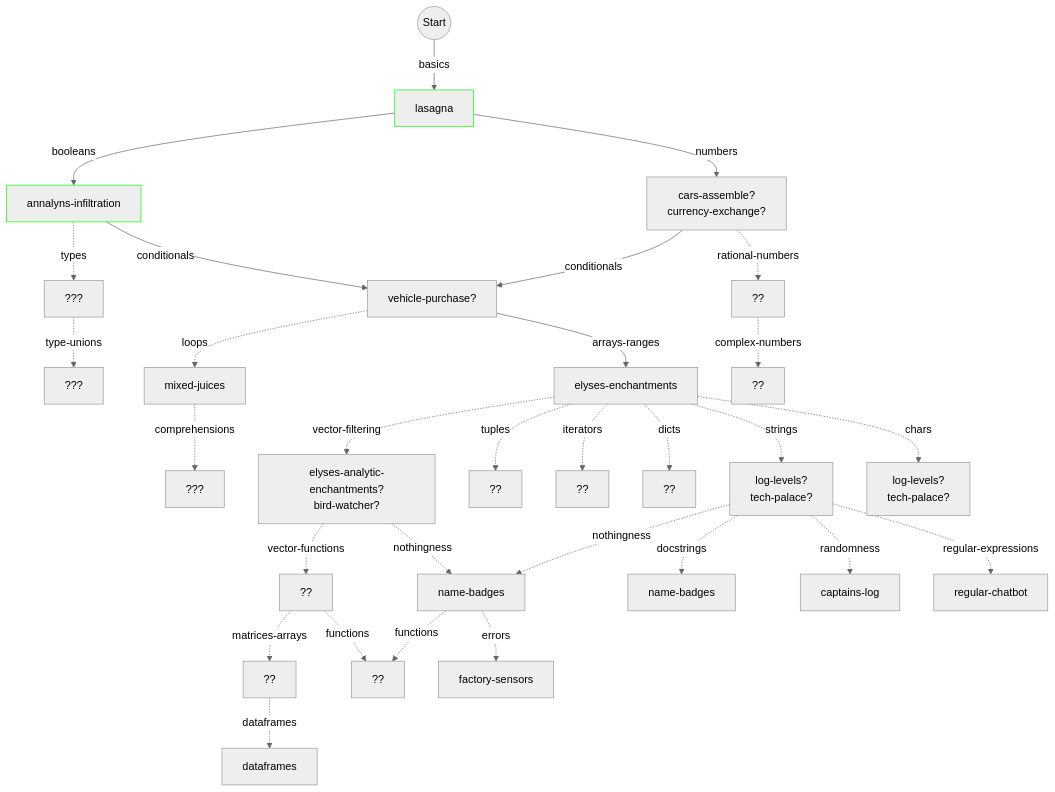
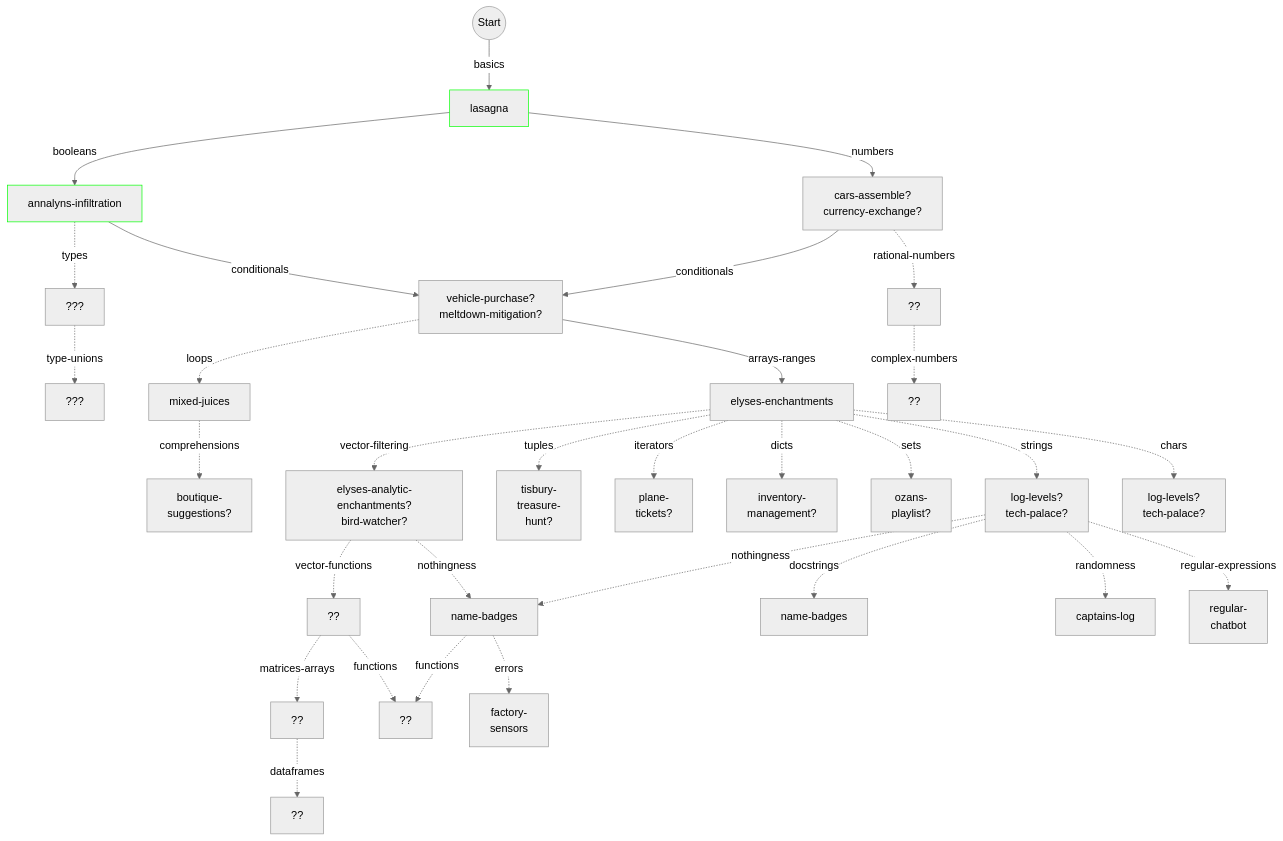
One commit to colinleach/learning-track-doodles changed the diagram in julia/flowchart.md. Above: the diagram before and after it, drawn with Mermaid (neutral theme).

Commit message:
added more exercise suggestions to flowchart

````diff
--- a/julia/flowchart.md
+++ b/julia/flowchart.md
@@ -26,11 +26,10 @@
 types -.type-unions.-> type-unions["???"]
 %% style type-unions fill:#0f0
 
-booleans
- --conditionals--> conditionals["vehicle-purchase?"]
+booleans --conditionals--> conditionals["vehicle-purchase?<br/>meltdown-mitigation?"]
 %% style conditionals fill:#0f0
 
-numbers --conditionals--> conditionals["vehicle-purchase?"]
+numbers --conditionals--> conditionals["vehicle-purchase?<br/>meltdown-mitigation?"]
 %% style conditionals fill:#0f0
 
 conditionals --arrays-ranges--> arrays-ranges["elyses-enchantments"]
@@ -39,20 +38,23 @@
 conditionals -.loops.-> loops["mixed-juices"]
 %% style loops stroke:#0f0
 
-loops -.comprehensions.-> comprehensions["???"]
+loops -.comprehensions.-> comprehensions["boutique-<br/>suggestions?"]
 %% style comprehensions stroke:#0f0
 
 arrays-ranges -.vector-filtering.-> vector-filtering["elyses-analytic-enchantments?<br/>bird-watcher?"]
 %% style vector-filtering stroke:#0f0
 
-arrays-ranges -.tuples.-> tuples["??"]
+arrays-ranges -.tuples.-> tuples["tisbury-<br/>treasure-<br/>hunt?"]
 %% style tuples stroke:#0f0
 
-arrays-ranges -.iterators.-> iterators["??"]
+arrays-ranges -.iterators.-> iterators["plane-<br/>tickets?"]
 %% style iterators stroke:#0f0
 
-arrays-ranges -.dicts.-> dicts["??"]
+arrays-ranges -.dicts.-> dicts["inventory-<br/>management?"]
 %% style dicts stroke:#0f0
+
+arrays-ranges -.sets.-> sets["ozans-<br/>playlist?"]
+%% style sets stroke:#0f0
 
 vector-filtering -.vector-functions.-> vector-functions["??"]
 %% style vector-functions stroke:#f00
@@ -75,7 +77,7 @@
 strings -.randomness.-> randomness["captains-log"]
 %% style randomness stroke:#0f0
 
-strings -.regular-expressions.-> regular-expressions["regular-chatbot"]
+strings -.regular-expressions.-> regular-expressions["regular-<br/>chatbot"]
 
 numbers -.rational-numbers.-> rational-numbers["??"]
 %% style rational-numbers fill:#0f0
@@ -86,12 +88,12 @@
 vector-functions -.matrices-arrays.-> matrices-arrays["??"]
 %% style matrices-arrays fill:#f00,color:#fff
 
-matrices-arrays -.dataframes.-> dataframes
+matrices-arrays -.dataframes.-> dataframes["??"]
 
 vector-functions -.functions.-> functions["??"]
 nothingness -.functions.-> functions["??"]
 %% style functions fill:#f00,color:#fff
 
-nothingness -.errors.-> errors["factory-sensors "]
+nothingness -.errors.-> errors["factory-<br/>sensors "]
 
 ```
````
